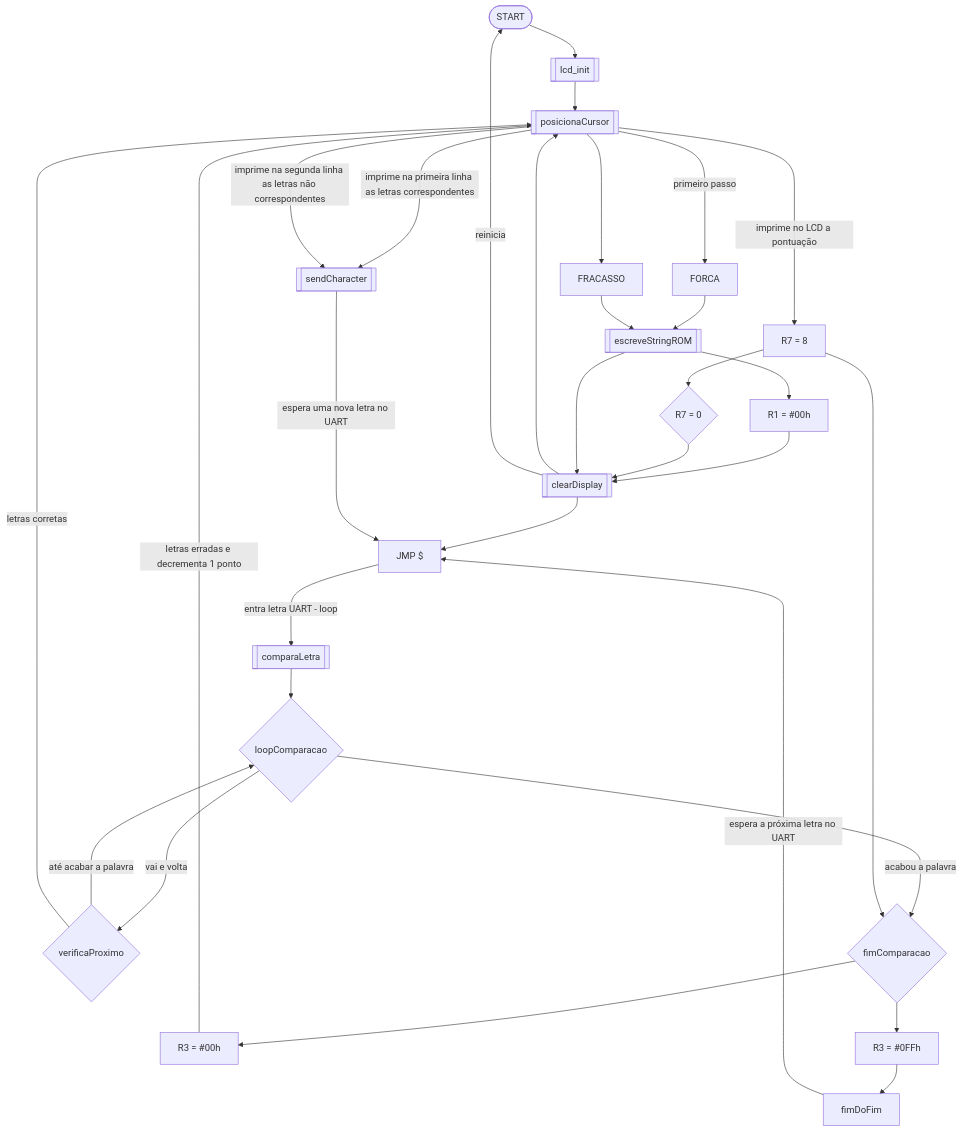
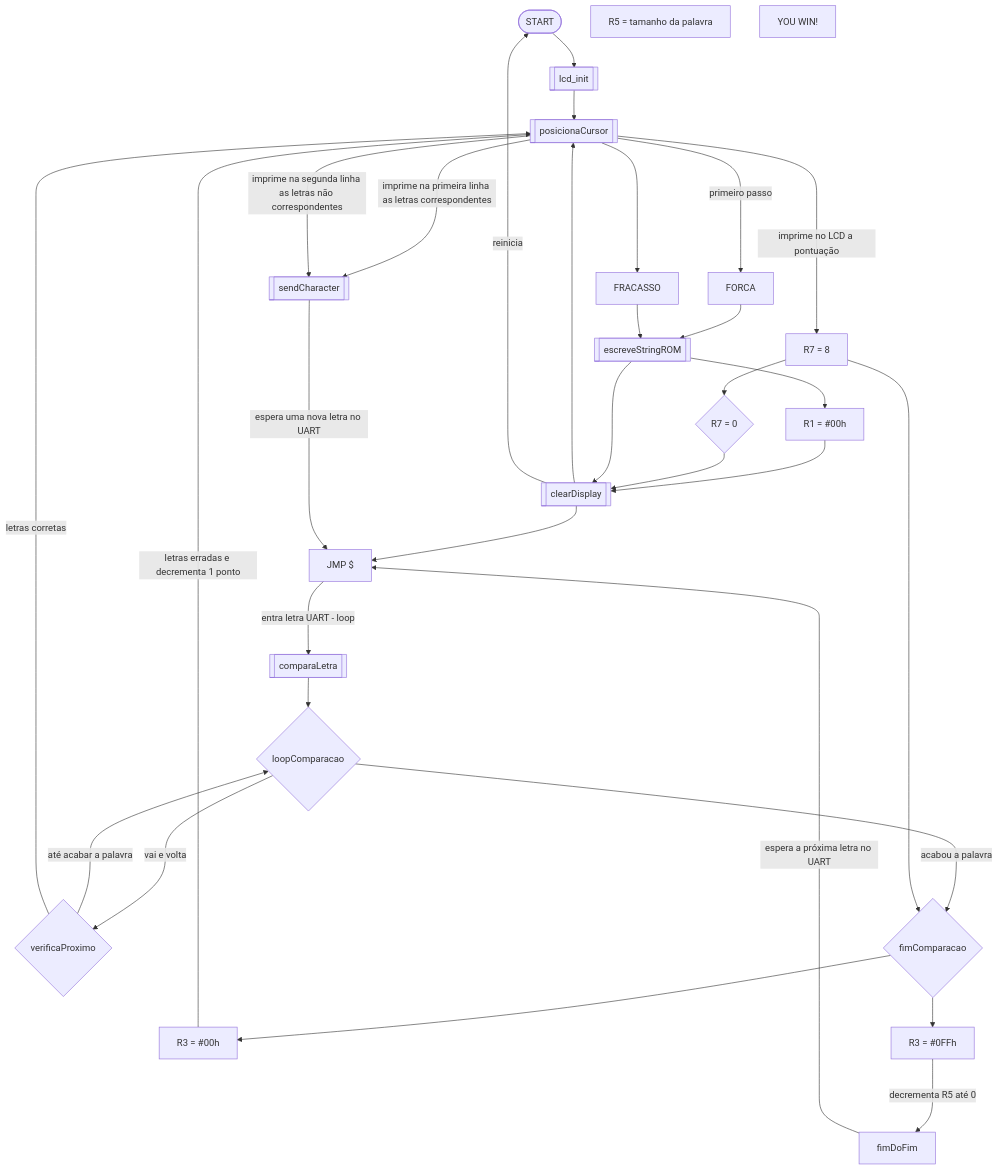
The diagram in README.md (Humbertin07/PJ.FORCA_ASSEMBLY), drawn with Mermaid before and after one commit. The commit also changed other lines of this file, not shown here.

````diff
--- a/README.md
+++ b/README.md
@@ -33,36 +41,39 @@
 ```mermaid
 graph TD;
 
 start([START])
 LCD[[lcd_init]]
 ROM[[escreveStringROM]]
 cursor[[posicionaCursor]]
 display[[clearDisplay]]
 compara[[comparaLetra]]
 send[[sendCharacter]]
 aoba[FORCA]
 r1[R1 = #00h]
 r3[R3 = #00h]
 r3f[R3 = #0FFh]
 jmp[JMP $]
 loop{loopComparacao}
 verifica{verificaProximo}
 fimcomp{fimComparacao}
 fim[fimDoFim]
 r7[R7 = 8]
 r7f{R7 = 0}
+r5[R5 = tamanho da palavra]
 fraco[FRACASSO]
+ganhar[YOU WIN!]
 
 start-->LCD-->cursor--->|primeiro passo|aoba
 aoba-->ROM-->r1-->display-->jmp
 jmp--->|entra letra UART - loop|compara
 compara-->loop--->|vai e volta|verifica--->|até acabar a palavra|loop
 verifica--->|letras corretas|cursor--->|imprime na primeira linha as letras correspondentes|send
 send--->|espera uma nova letra no UART|jmp
 loop--->|acabou a palavra|fimcomp-->r3--->|letras erradas e decrementa 1 ponto|cursor
 cursor--->|imprime na segunda linha as letras não correspondentes|send
-fimcomp-->r3f-->fim--->|espera a próxima letra no UART|jmp
+fimcomp-->r3f--->|decrementa R5 até 0|fim--->|espera a próxima letra no UART|jmp
 cursor--->|imprime no LCD a pontuação|r7-->fimcomp
 r7-->r7f-->display-->cursor-->fraco-->ROM-->display--->|reinicia|start
 
+
 ```
````
